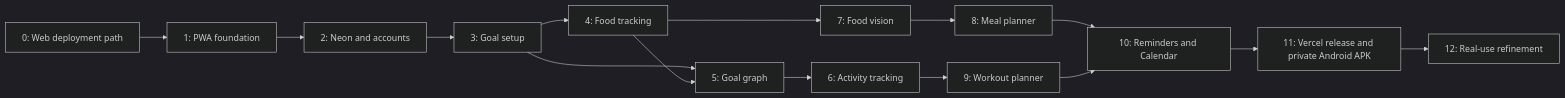
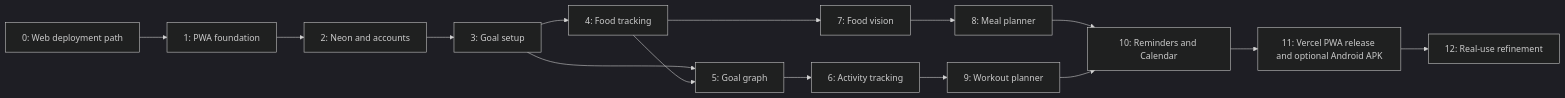
One commit to siddharthg2309/healthcare changed the fifth of 5 diagrams in docs/IMPLEMENTATION_PLAN.md. Above: the diagram before and after it, drawn with Mermaid (dark theme). The commit also changed other lines of this file and 3 other files, not shown here.

Commit message:
docs(deploy): make Android PWA the default path

````diff
--- a/docs/IMPLEMENTATION_PLAN.md
+++ b/docs/IMPLEMENTATION_PLAN.md
@@ -1070,17 +1070,17 @@
 ```mermaid
 flowchart LR
   P0[0: Web deployment path] --> P1[1: PWA foundation]
   P1 --> P2[2: Neon and accounts]
   P2 --> P3[3: Goal setup]
   P3 --> P4[4: Food tracking]
   P3 --> P5[5: Goal graph]
   P4 --> P5
   P5 --> P6[6: Activity tracking]
   P4 --> P7[7: Food vision]
   P7 --> P8[8: Meal planner]
   P6 --> P9[9: Workout planner]
   P8 --> P10[10: Reminders and Calendar]
   P9 --> P10
-  P10 --> P11[11: Vercel release and private Android APK]
+  P10 --> P11[11: Vercel PWA release and optional Android APK]
   P11 --> P12[12: Real-use refinement]
 ```
````
